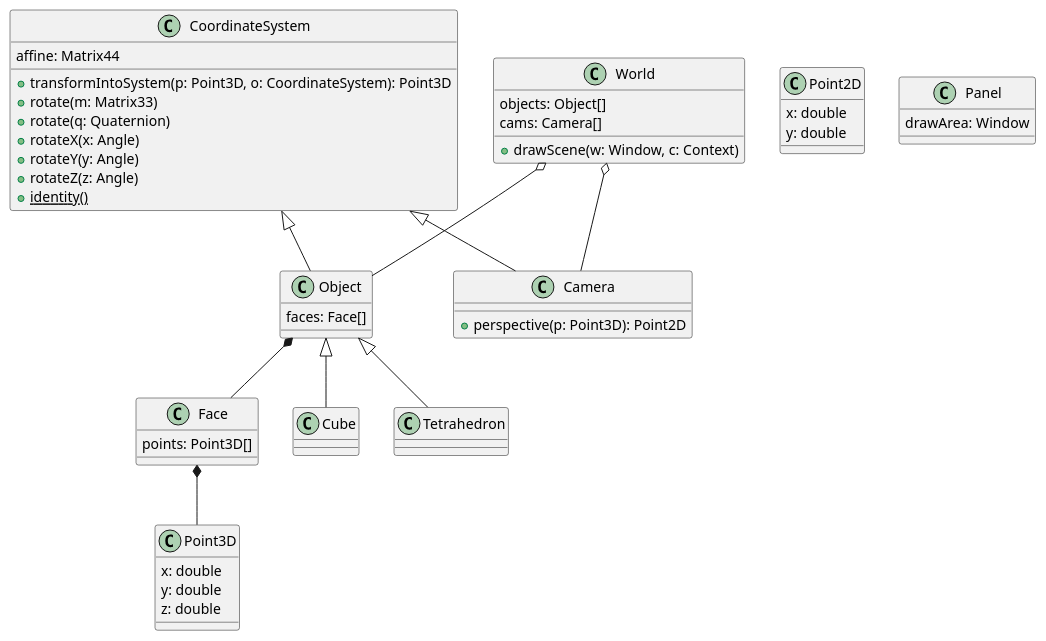
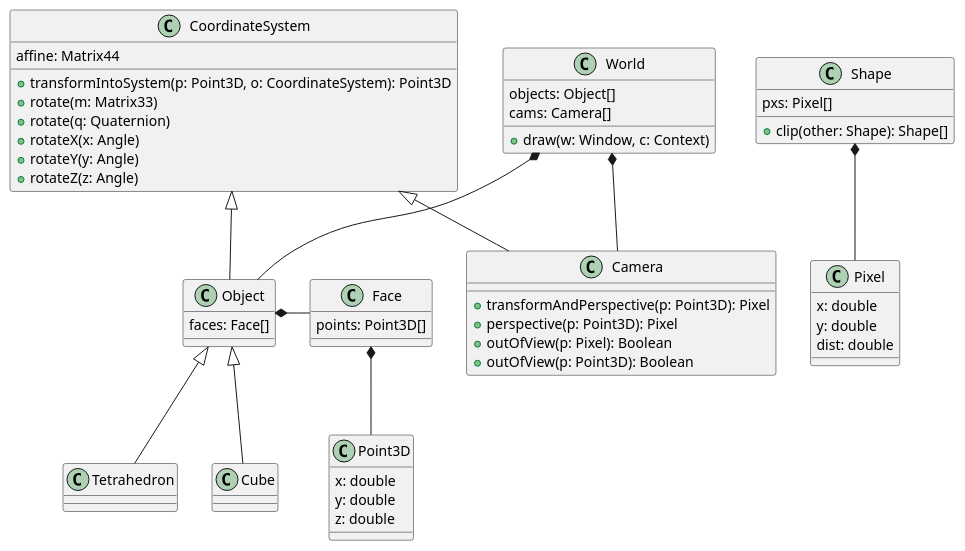
One commit to Nirzvi1/GraphicsEngine changed the diagram in project_plan.md. Above: the diagram before and after it, drawn with PlantUML.

Commit message:
Cleaning up project plan

````diff
--- a/project_plan.md
+++ b/project_plan.md
@@ -1,63 +1,67 @@
 ```puml
 class Point3D {
   x: double
   y: double
   z: double
 }
 
-class Point2D {
+class Pixel {
   x: double
   y: double
+  dist: double
 }
 
 class CoordinateSystem {
   affine: Matrix44
   + transformIntoSystem(p: Point3D, o: CoordinateSystem): Point3D
   + rotate(m: Matrix33)
   + rotate(q: Quaternion)
   + rotateX(x: Angle)
   + rotateY(y: Angle)
   + rotateZ(z: Angle)
-  +<u>identity()
 }
 
 class Object {
   faces: Face[]
 }
 
 class Cube {
 
 }
 
 class Tetrahedron {
 
 }
 
 class Face {
   points: Point3D[]
 }
 
+class Shape {
+  pxs: Pixel[]
+  + clip(other: Shape): Shape[]
+}
+
 class Camera {
-  + perspective(p: Point3D): Point2D
+  + transformAndPerspective(p: Point3D): Pixel
+  + perspective(p: Point3D): Pixel
+  + outOfView(p: Pixel): Boolean
+  + outOfView(p: Point3D): Boolean
 }
 
 class World {
   objects: Object[]
   cams: Camera[]
-  + drawScene(w: Window, c: Context)
-}
-
-class Panel {
-  drawArea: Window
+  + draw(w: Window, c: Context)
 }
 
 CoordinateSystem <|-- Camera
 CoordinateSystem <|-- Object
 Object <|-- Cube
 Object <|-- Tetrahedron
-Object *-- Face
+Object *- Face
 Face *-- Point3D
-World o-- Object
-World o-- Camera
-
+World *-- Object
+World *-- Camera
+Shape *-- Pixel
 ```
````
